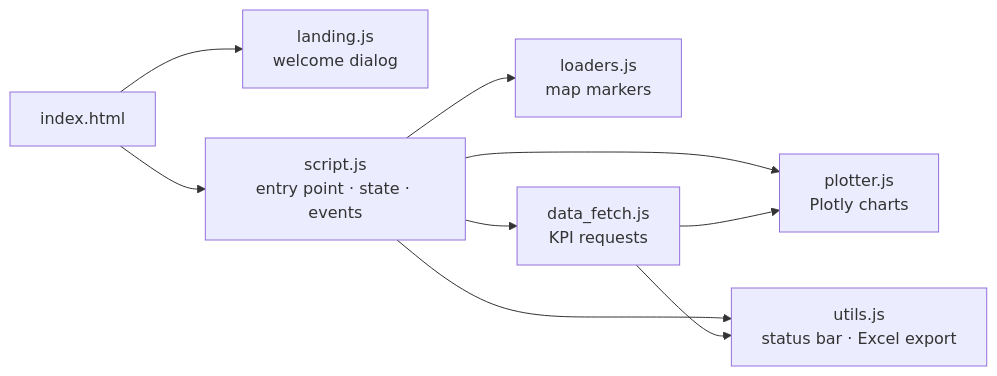
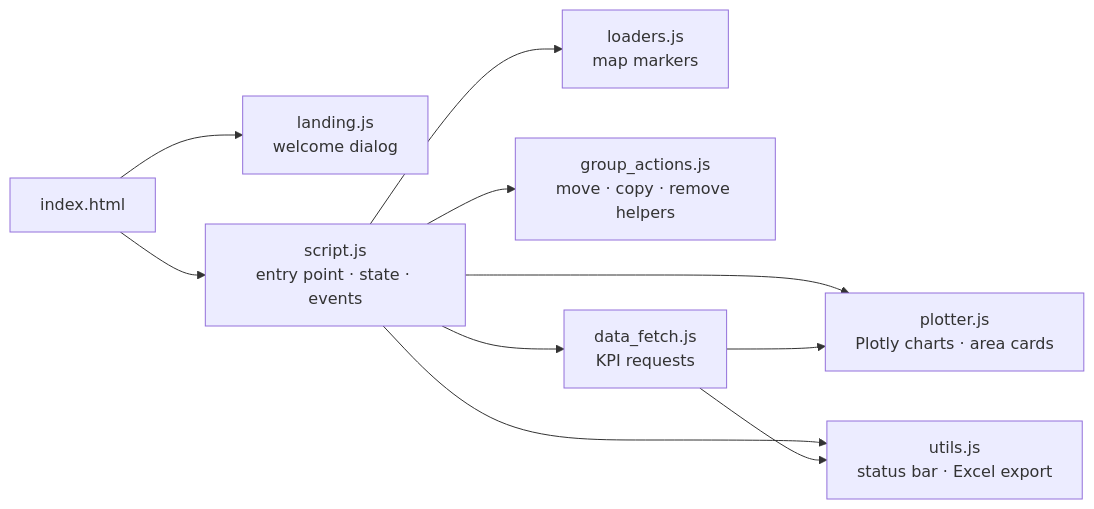
The first of 2 diagrams in docs/architecture/frontend.md (StavrosOrf/EPIOT), drawn with Mermaid before and after one commit. The commit also changed other lines of this file and 29 other files, not shown here.

First line of the commit message:
Add comprehensive tests for group actions, KPI UI, and scenario charts

````diff
--- a/docs/architecture/frontend.md
+++ b/docs/architecture/frontend.md
@@ -9,11 +9,12 @@
 ```{mermaid}
 flowchart LR
     idx[index.html] --> landing[landing.js<br/>welcome dialog]
     idx --> script[script.js<br/>entry point · state · events]
     script --> loaders[loaders.js<br/>map markers]
-    script --> plotter[plotter.js<br/>Plotly charts]
+    script --> plotter[plotter.js<br/>Plotly charts · area cards]
+    script --> actions[group_actions.js<br/>move · copy · remove helpers]
     script --> utils[utils.js<br/>status bar · Excel export]
     script --> fetch[data_fetch.js<br/>KPI requests]
     fetch --> plotter
     fetch --> utils
 ```
````
